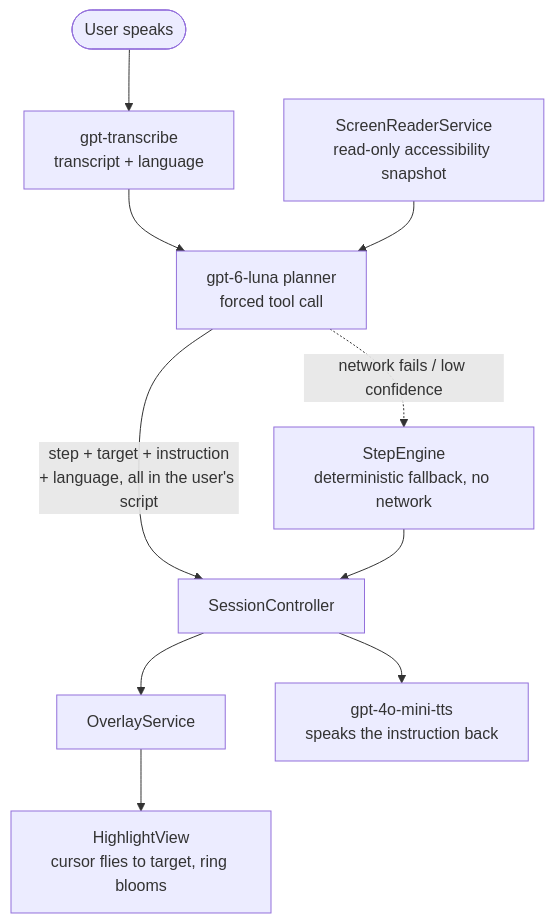
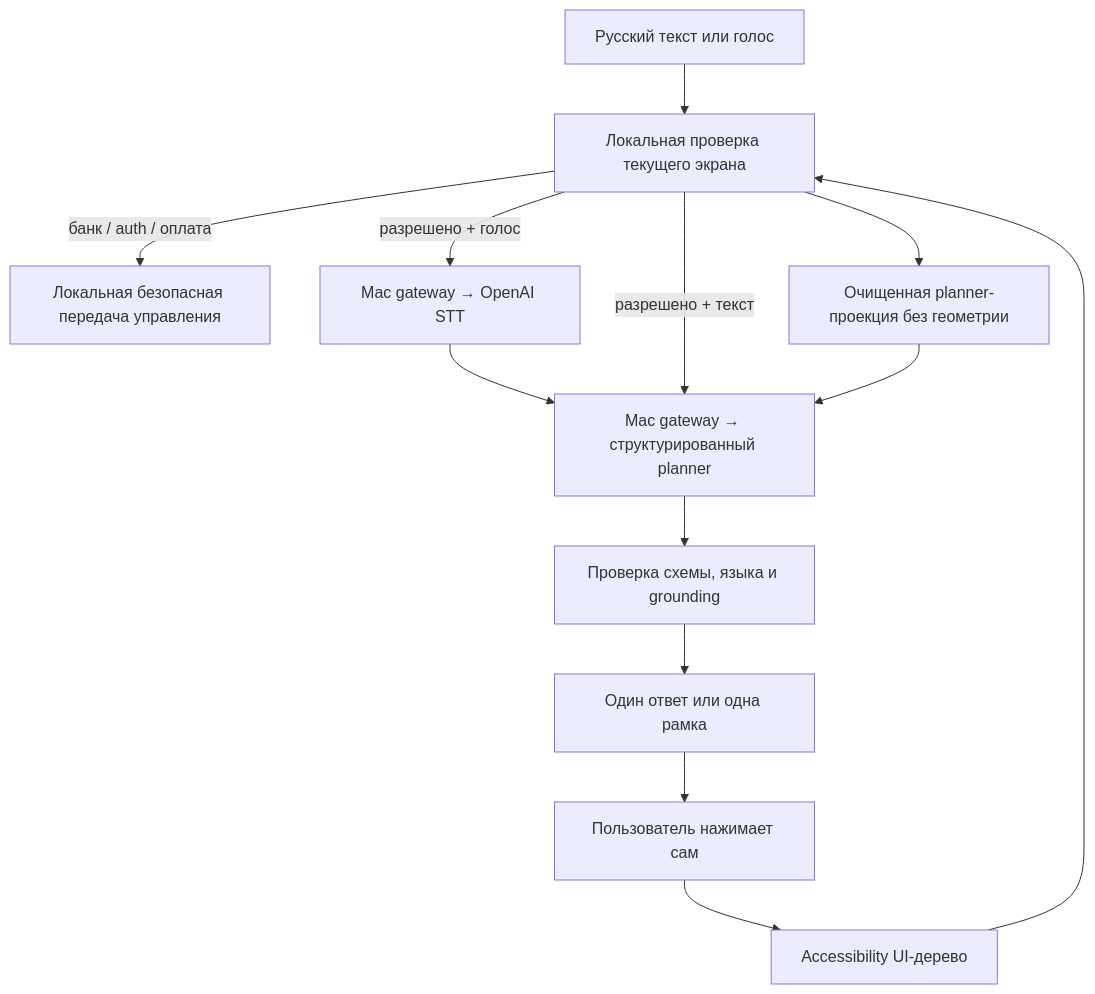
The diagram in README.md (100bench/OPORAmvp), drawn with Mermaid before and after one commit. The commit also changed other lines of this file and 30 other files, not shown here.

````diff
--- a/README.md
+++ b/README.md
@@ -100,12 +32,15 @@
 ```mermaid
 flowchart TD
-    U([User speaks]) --> STT[gpt-transcribe<br/>transcript + language]
-    STT --> P[gpt-6-luna planner<br/>forced tool call]
-    R[ScreenReaderService<br/>read-only accessibility snapshot] --> P
-    P -->|step + target + instruction<br/>+ language, all in the user's script| SC[SessionController]
-    SC --> OV[OverlayService]
-    OV --> HL[HighlightView<br/>cursor flies to target, ring blooms]
-    SC --> TTS[gpt-4o-mini-tts<br/>speaks the instruction back]
-    P -.network fails / low confidence.-> SE[StepEngine<br/>deterministic fallback, no network]
-    SE --> SC
+    I[Русский текст или голос] --> G[Локальная проверка текущего экрана]
+    A[Accessibility UI-дерево] --> G
+    G -->|банк / auth / оплата| H[Локальная безопасная передача управления]
+    G -->|разрешено + голос| STT[Mac gateway → OpenAI STT]
+    STT --> P
+    G -->|разрешено + текст| P[Mac gateway → структурированный planner]
+    G --> S[Очищенная planner-проекция без геометрии]
+    S --> P
+    P --> R[Проверка схемы, языка и grounding]
+    R --> O[Один ответ или одна рамка]
+    O --> U[Пользователь нажимает сам]
+    U --> A
 ```
````
